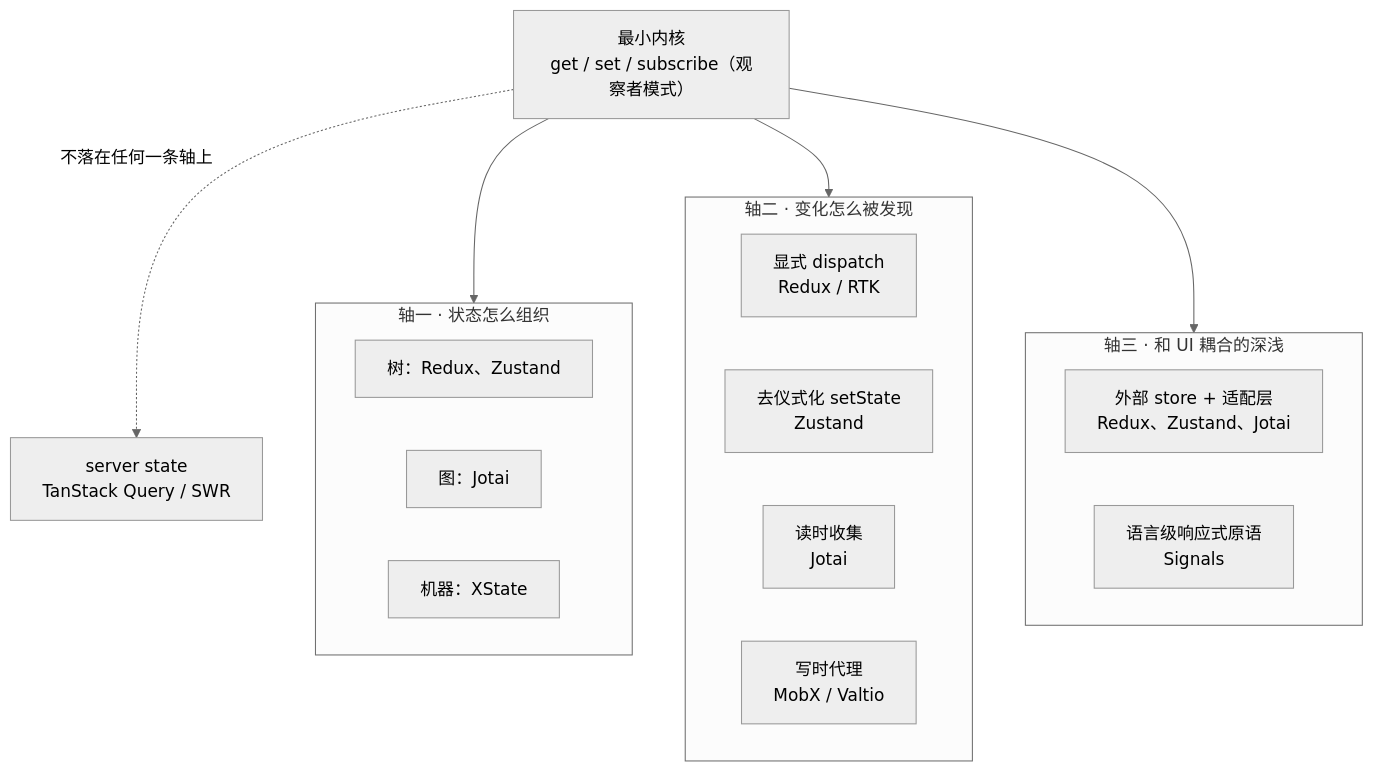
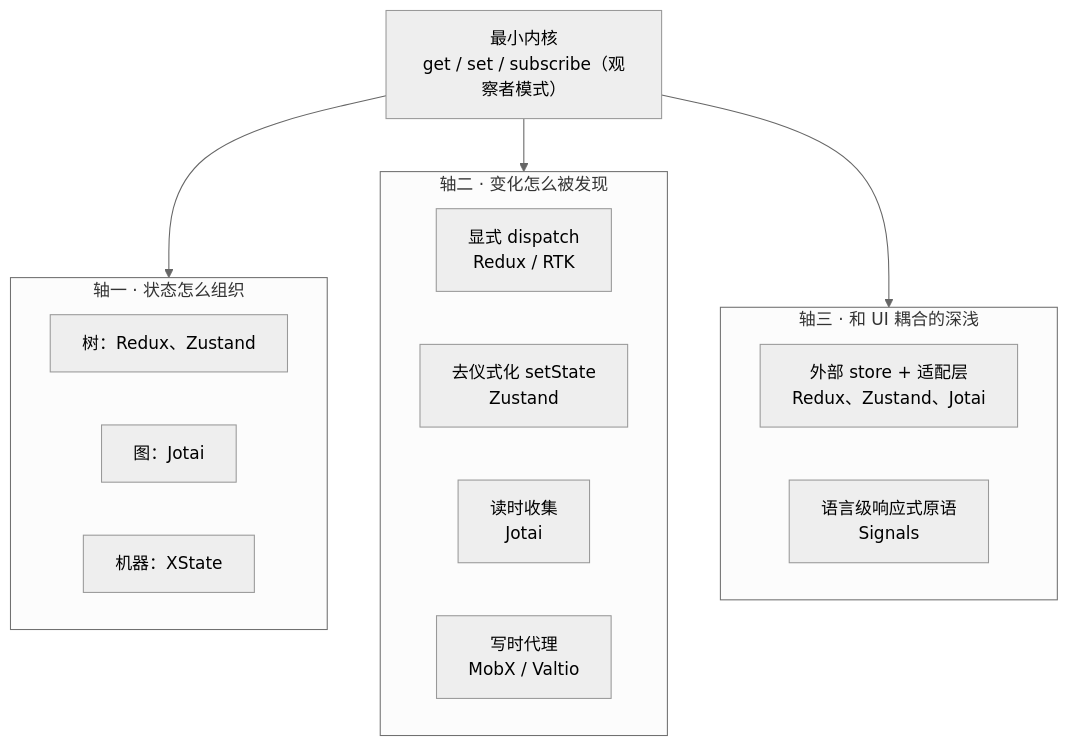
Before and after one commit to sulifreely/hannah: the third of 4 diagrams in src/content/blog/state-management-kernel-and-forks.md, drawn with Mermaid (neutral theme). The commit also changed other lines of this file and 2 other files, not shown here.

````diff
--- a/src/content/blog/state-management-kernel-and-forks.md
+++ b/src/content/blog/state-management-kernel-and-forks.md
@@ -384,31 +384,30 @@
 ```mermaid
 flowchart TB
     K["最小内核<br/>get / set / subscribe（观察者模式）"]
 
     K --> X1
     K --> X2
     K --> X3
 
     subgraph X1["轴一 · 状态怎么组织"]
         direction LR
         A1["树：Redux、Zustand"]
         A2["图：Jotai"]
         A3["机器：XState"]
     end
 
     subgraph X2["轴二 · 变化怎么被发现"]
         direction LR
         B1["显式 dispatch<br/>Redux / RTK"]
         B2["去仪式化 setState<br/>Zustand"]
         B3["读时收集<br/>Jotai"]
         B4["写时代理<br/>MobX / Valtio"]
     end
 
     subgraph X3["轴三 · 和 UI 耦合的深浅"]
         direction LR
         C1["外部 store + 适配层<br/>Redux、Zustand、Jotai"]
         C2["语言级响应式原语<br/>Signals"]
     end
 
-    K -.->|"不落在任何一条轴上"| O["server state<br/>TanStack Query / SWR"]
 ```
````
